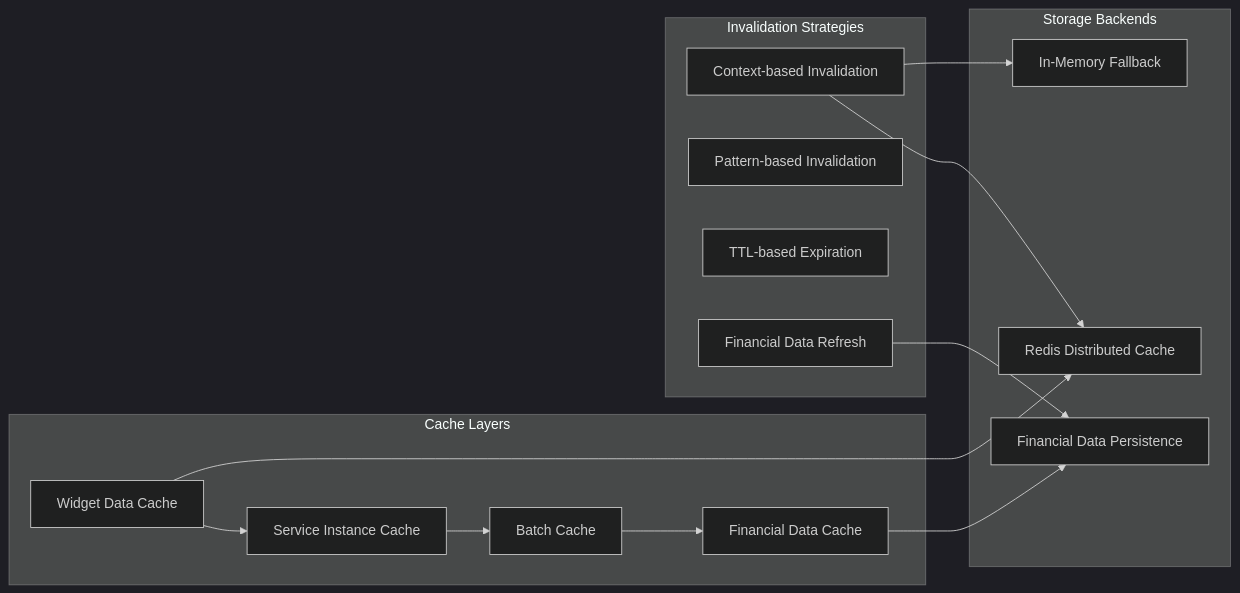
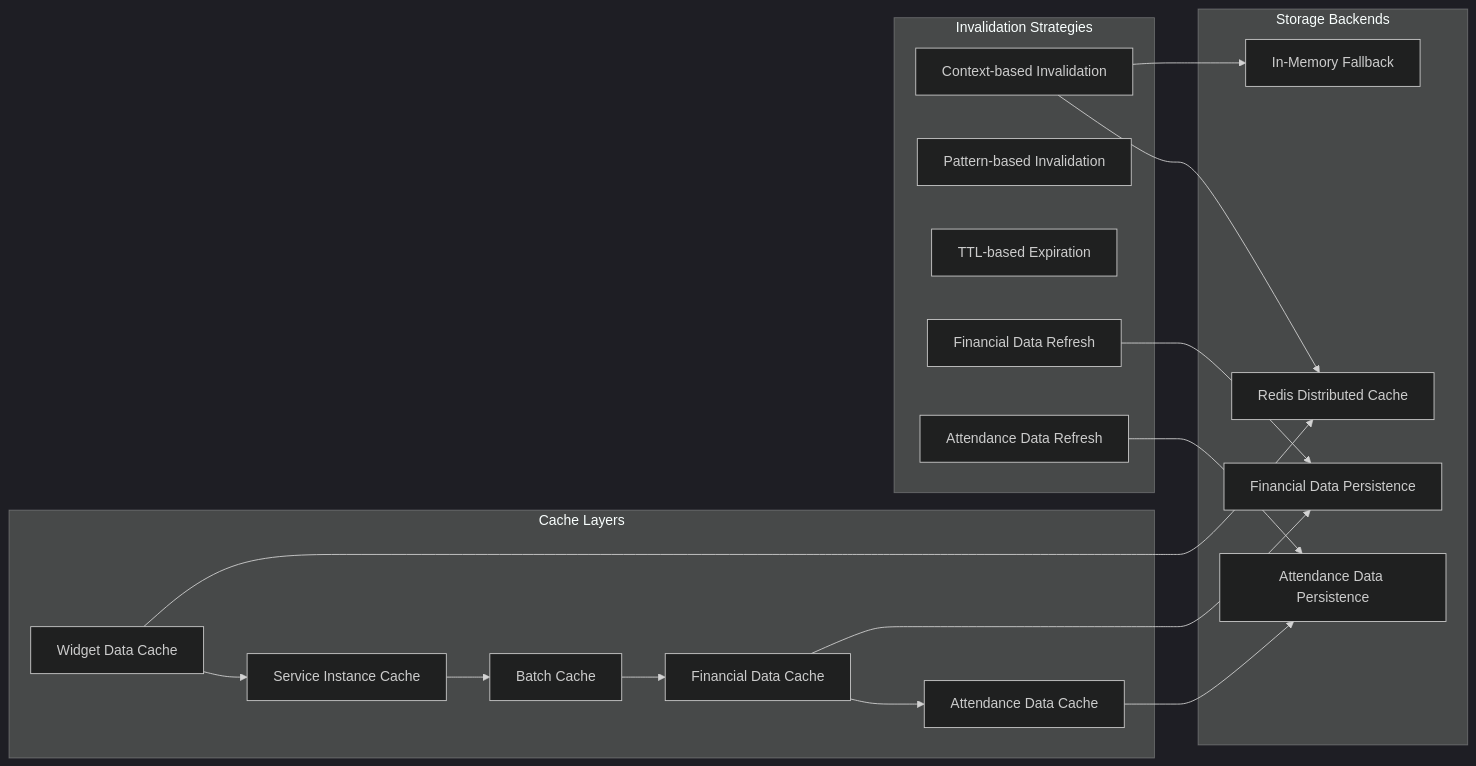
One commit to franckylab/eLISAschool changed the ninth of 14 diagrams in .qoder/repowiki/en/content/Modules & Features/Dashboard System Implementation.md. Above: the diagram before and after it, drawn with Mermaid (dark theme). The commit also changed other lines of this file and 433 other files, not shown here.

````diff
--- a/.qoder/repowiki/en/content/Modules & Features/Dashboard System Implementation.md
+++ b/.qoder/repowiki/en/content/Modules & Features/Dashboard System Implementation.md
@@ -356,24 +471,29 @@
 ```mermaid
 graph LR
 subgraph "Cache Layers"
 A[Widget Data Cache] --> B[Service Instance Cache]
 B --> C[Batch Cache]
 C --> D[Financial Data Cache]
+D --> E[Attendance Data Cache]
 end
 subgraph "Invalidation Strategies"
-E[Context-based Invalidation]
-F[Pattern-based Invalidation]
-G[TTL-based Expiration]
-H[Financial Data Refresh]
+F[Context-based Invalidation]
+G[Pattern-based Invalidation]
+H[TTL-based Expiration]
+I[Financial Data Refresh]
+J[Attendance Data Refresh]
 end
 subgraph "Storage Backends"
-I[Redis Distributed Cache]
-J[In-Memory Fallback]
-K[Financial Data Persistence]
+K[Redis Distributed Cache]
+L[In-Memory Fallback]
+M[Financial Data Persistence]
+N[Attendance Data Persistence]
 end
-A --> I
-D --> K
-E --> I
-E --> J
-H --> K
+A --> K
+D --> M
+E --> N
+F --> K
+F --> L
+I --> M
+J --> N
 ```
````
